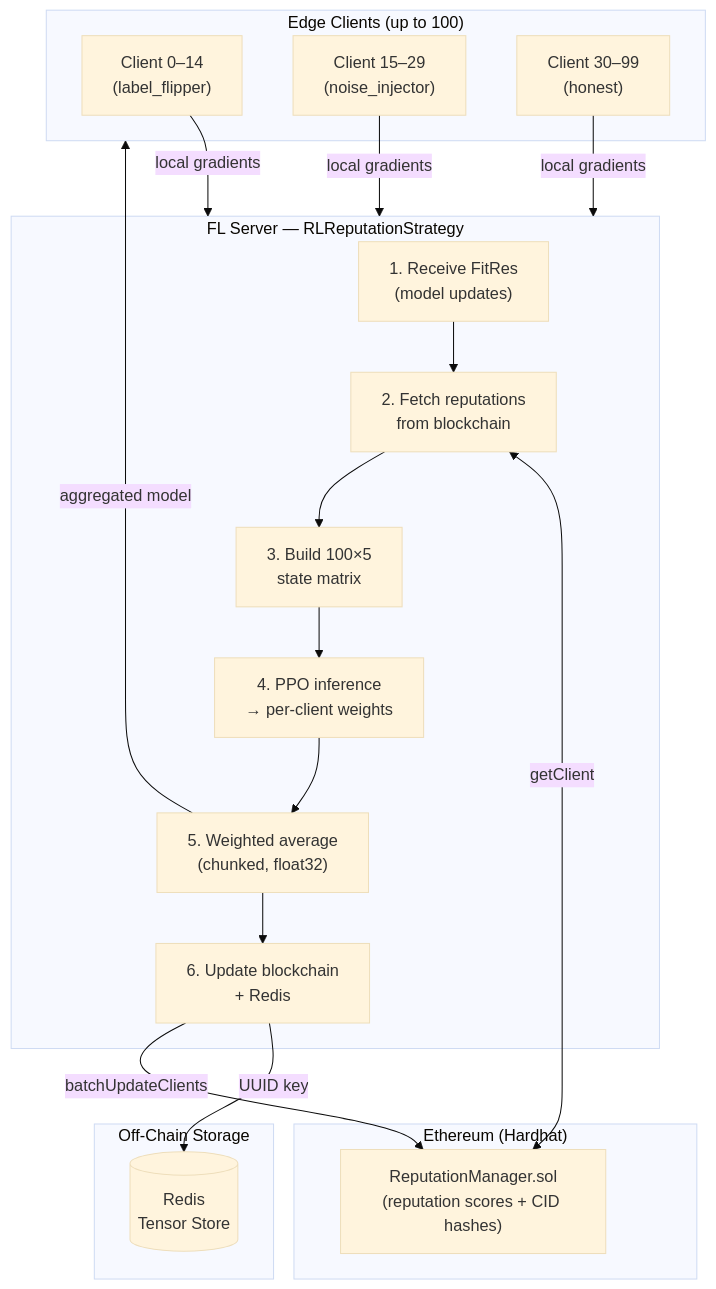
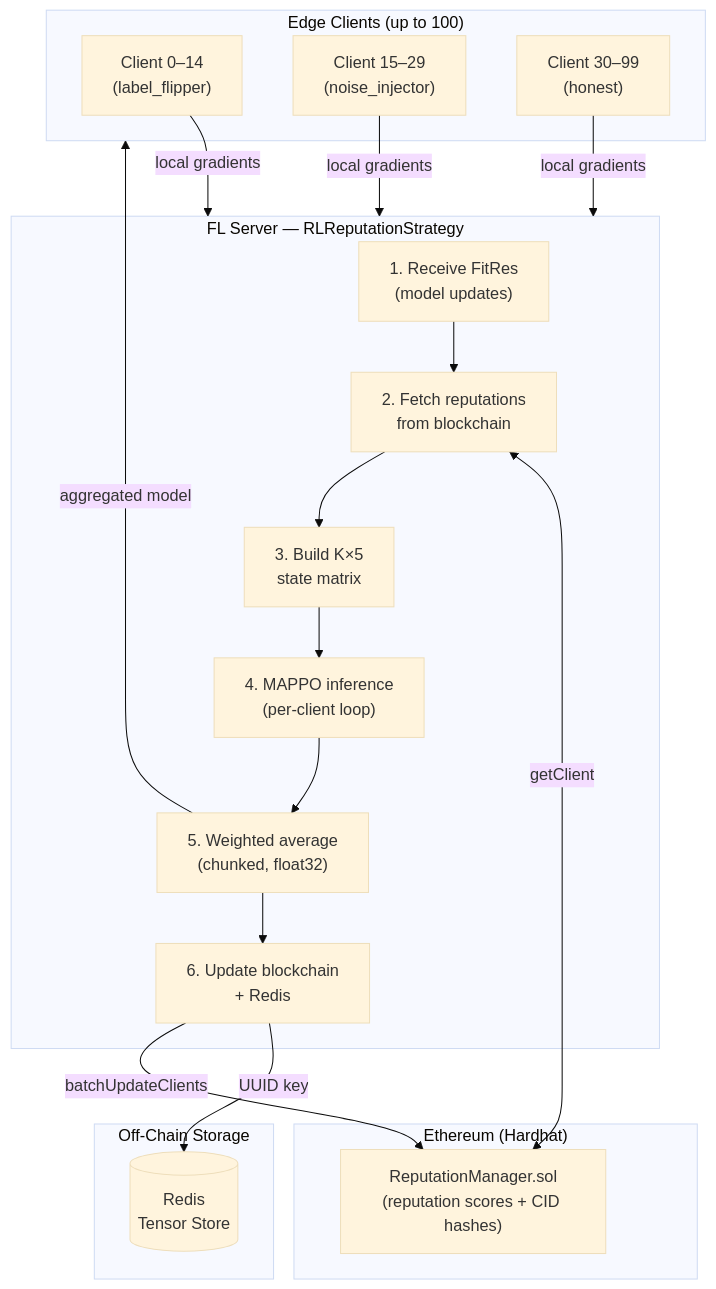
One commit to TheRadDani/R3-FL changed the diagram in README.md. Above: the diagram before and after it, drawn with Mermaid (base theme). The commit also changed other lines of this file and 3 other files, not shown here.

Commit message:
refactor: Update README and codebase for MAPPO architecture with parameter sharing

````diff
--- a/README.md
+++ b/README.md
@@ -75,36 +77,36 @@
 ```mermaid
 flowchart TD
     subgraph Clients["Edge Clients (up to 100)"]
         C1["Client 0–14\n(label_flipper)"]
         C2["Client 15–29\n(noise_injector)"]
         C3["Client 30–99\n(honest)"]
     end
 
     subgraph OffChain["Off-Chain Storage"]
         Redis[("Redis\nTensor Store")]
     end
 
     subgraph OnChain["Ethereum (Hardhat)"]
         SC["ReputationManager.sol\n(reputation scores + CID hashes)"]
     end
 
     subgraph Server["FL Server — RLReputationStrategy"]
         FM["1. Receive FitRes\n(model updates)"]
         BC["2. Fetch reputations\nfrom blockchain"]
-        SM["3. Build 100×5\nstate matrix"]
-        RL["4. PPO inference\n→ per-client weights"]
+        SM["3. Build K×5\nstate matrix"]
+        RL["4. MAPPO inference\n(per-client loop)"]
         WA["5. Weighted average\n(chunked, float32)"]
         BU["6. Update blockchain\n+ Redis"]
     end
 
     C1 -->|local gradients| Server
     C2 -->|local gradients| Server
     C3 -->|local gradients| Server
 
     WA -->|aggregated model| Clients
     BU -->|UUID key| Redis
     BU -->|batchUpdateClients| SC
     BC <-->|getClient| SC
 
     FM --> BC --> SM --> RL --> WA --> BU
 ```
````
